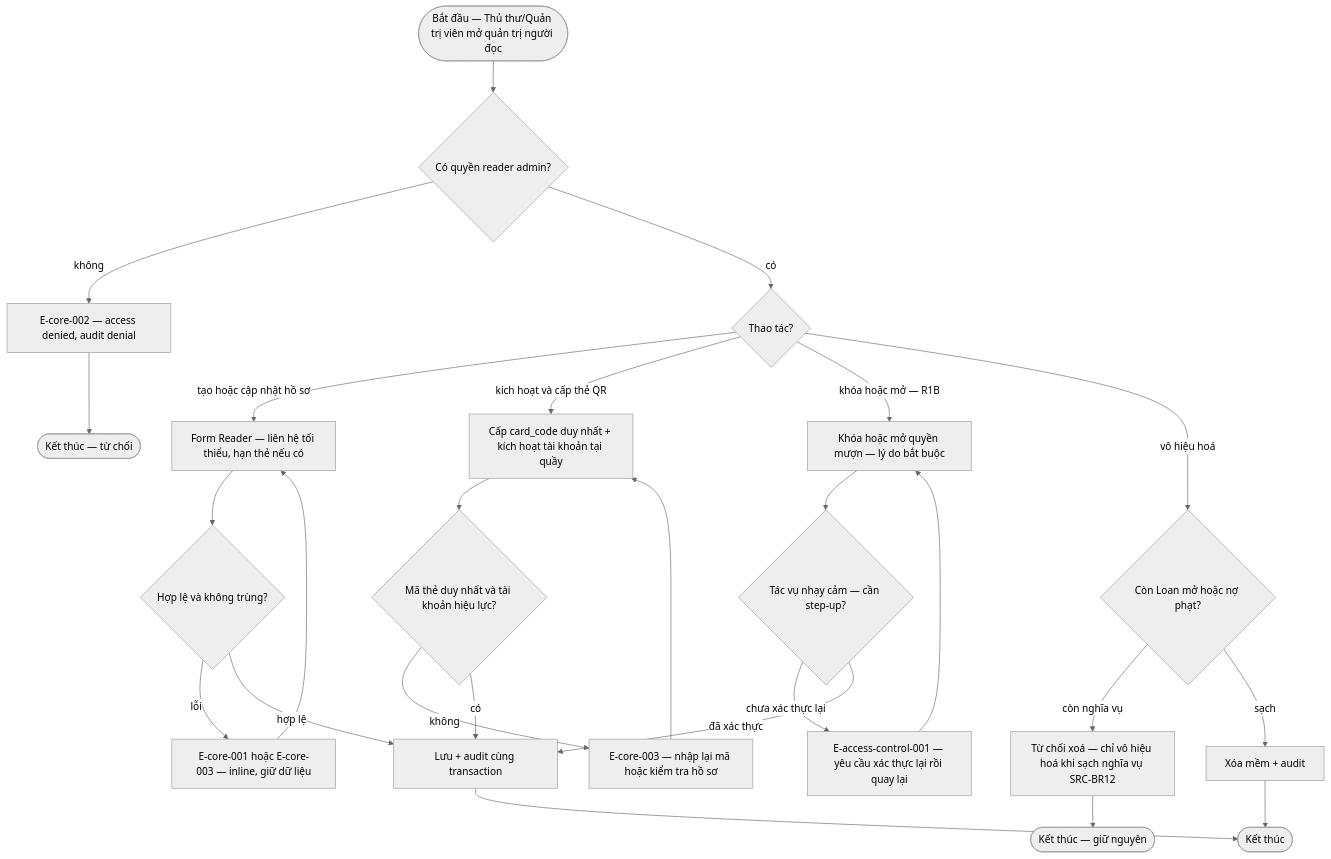
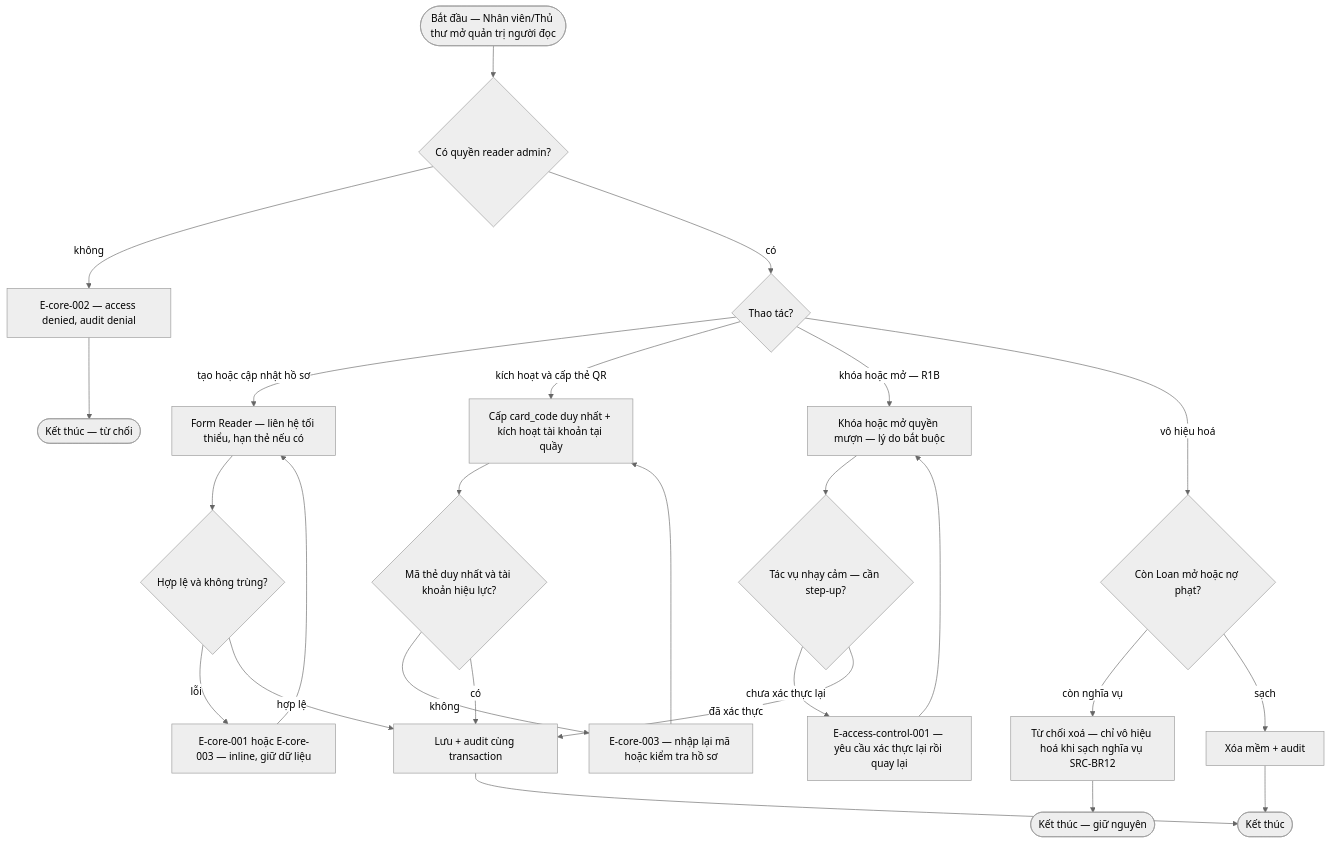
The diagram in docs/features/account-admin/srs/account-admin-flows.md (DatTran26/quanlythuvien), drawn with Mermaid (neutral theme) before and after one commit. The commit also changed other lines of this file and 250 other files, not shown here.

````diff
--- a/docs/features/account-admin/srs/account-admin-flows.md
+++ b/docs/features/account-admin/srs/account-admin-flows.md
@@ -16,28 +16,28 @@
 ```mermaid
 flowchart TD
-    Start(["Bắt đầu — Thủ thư/Quản trị viên mở quản trị người đọc"]) --> Auth{"Có quyền reader admin?"}
+    Start(["Bắt đầu — Nhân viên/Thủ thư mở quản trị người đọc"]) --> Auth{"Có quyền reader admin?"}
     Auth -->|"không"| Deny["E-core-002 — access denied, audit denial"]
     Deny --> EndDeny(["Kết thúc — từ chối"])
     Auth -->|"có"| Pick{"Thao tác?"}
     Pick -->|"tạo hoặc cập nhật hồ sơ"| Form["Form Reader — liên hệ tối thiểu, hạn thẻ nếu có"]
     Pick -->|"kích hoạt và cấp thẻ QR"| Card["Cấp card_code duy nhất + kích hoạt tài khoản tại quầy"]
     Pick -->|"khóa hoặc mở — R1B"| Lock["Khóa hoặc mở quyền mượn — lý do bắt buộc"]
     Pick -->|"vô hiệu hoá"| Check{"Còn Loan mở hoặc nợ phạt?"}
     Form --> Valid{"Hợp lệ và không trùng?"}
     Valid -->|"lỗi"| Err1["E-core-001 hoặc E-core-003 — inline, giữ dữ liệu"]
     Err1 --> Form
     Valid -->|"hợp lệ"| Save["Lưu + audit cùng transaction"]
     Card --> CardOk{"Mã thẻ duy nhất và tài khoản hiệu lực?"}
     CardOk -->|"không"| Err2["E-core-003 — nhập lại mã hoặc kiểm tra hồ sơ"]
     Err2 --> Card
     CardOk -->|"có"| Save
     Check -->|"còn nghĩa vụ"| Block["Từ chối xoá — chỉ vô hiệu hoá khi sạch nghĩa vụ SRC-BR12"]
     Block --> EndBlock(["Kết thúc — giữ nguyên"])
     Check -->|"sạch"| Soft["Xóa mềm + audit"]
     Lock --> StepUp{"Tác vụ nhạy cảm — cần step-up?"}
     StepUp -->|"chưa xác thực lại"| ReAuth["E-access-control-001 — yêu cầu xác thực lại rồi quay lại"]
     ReAuth --> Lock
     StepUp -->|"đã xác thực"| Save
     Soft --> Done(["Kết thúc"])
     Save --> Done
 ```
````
